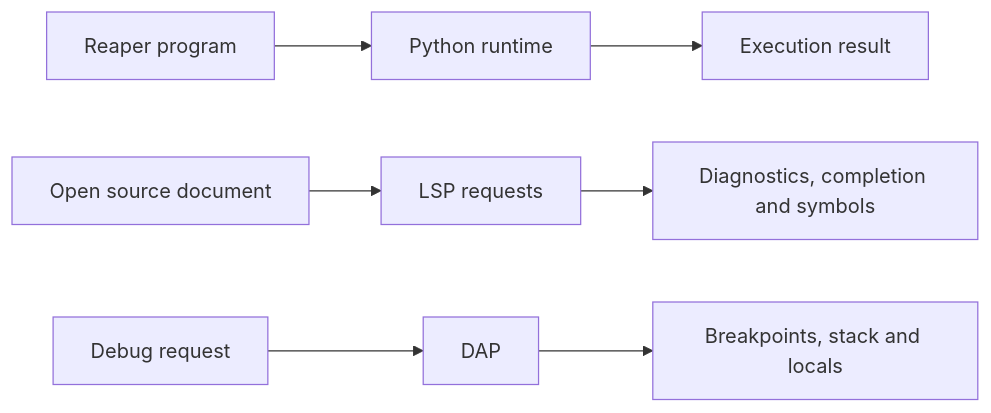
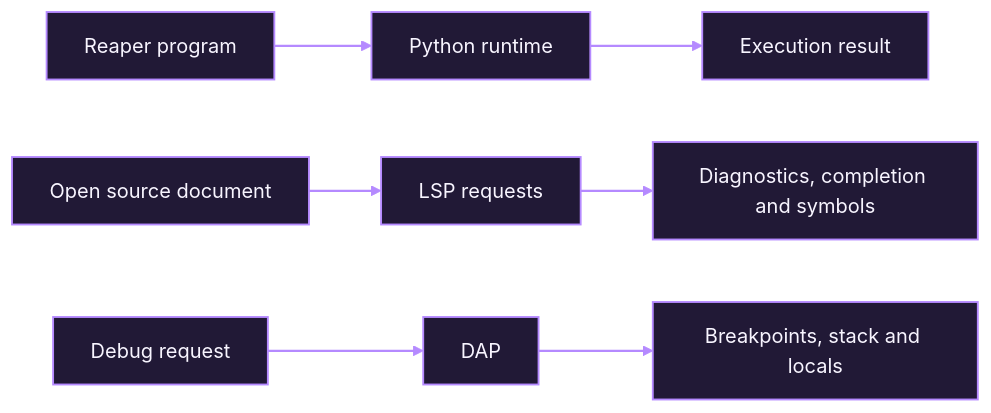
Before and after one commit to Ivan-VHS/Reaper: the second of 2 diagrams in README.md, drawn with Mermaid. The commit also changed other lines of this file, not shown here.

````diff
--- a/README.md
+++ b/README.md
@@ -34,9 +42,12 @@
 ```mermaid
 flowchart LR
     A[Reaper program] --> B[Python runtime]
     B --> C[Execution result]
     D[Open source document] --> E[LSP requests]
     E --> F[Diagnostics, completion and symbols]
     G[Debug request] --> H[DAP]
     H --> I[Breakpoints, stack and locals]
+  classDef readmeNode fill:#211936,stroke:#B58AFF,color:#F8F5FF,stroke-width:1.5px;
+  class A,B,C,D,E,F,G,H,I readmeNode;
+  linkStyle default stroke:#B58AFF,stroke-width:1.8px;
 ```
````
